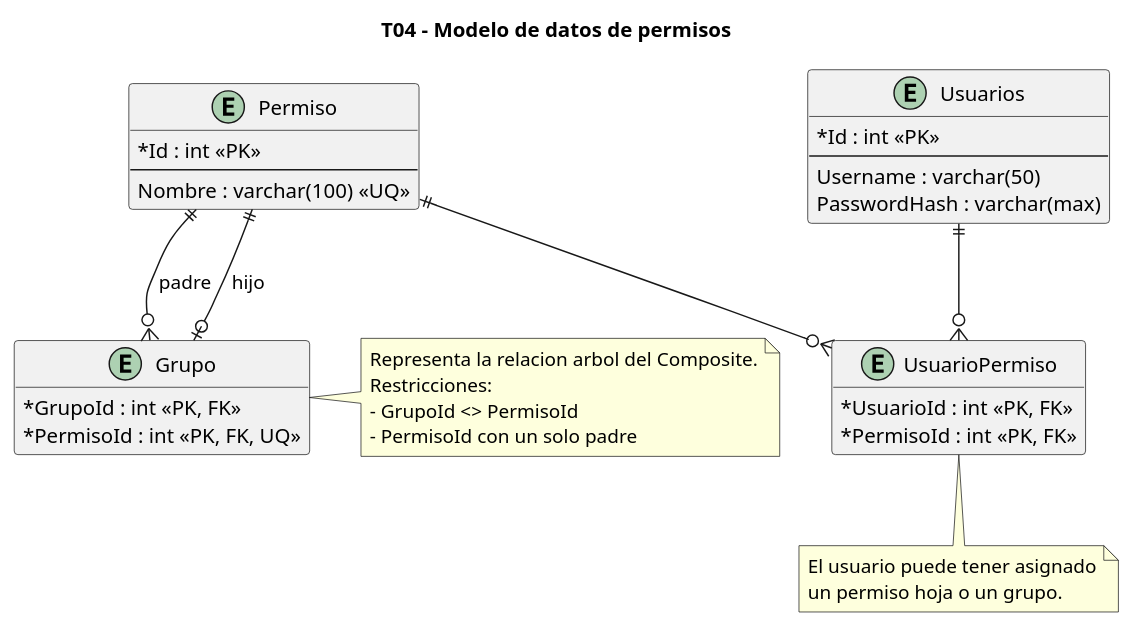
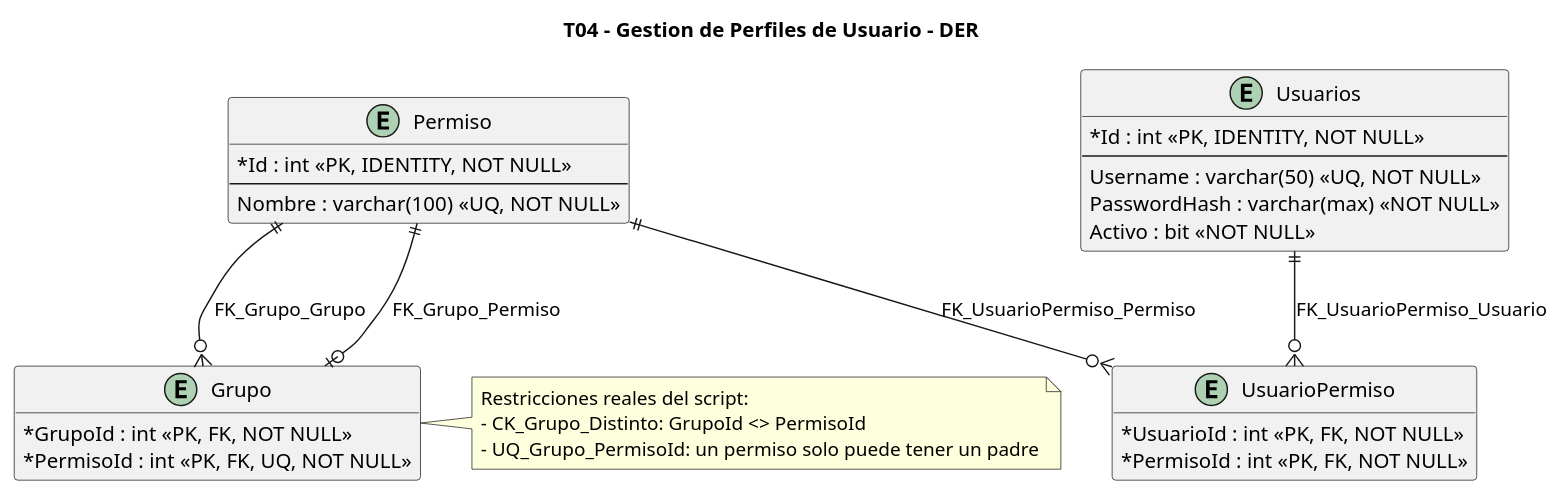
The diagram in diagramas/T04-perfiles-usuario/T04-perfiles-usuario-datos.puml (aggutierrez98/TP-TD), drawn with PlantUML before and after one commit. The commit also changed 48 other files, not shown here.

Commit message:
Añadir diagramas y cambiar nombre de carpeta

```diff
--- a/diagramas/T04-perfiles-usuario/T04-perfiles-usuario-datos.puml
+++ b/diagramas/T04-perfiles-usuario/T04-perfiles-usuario-datos.puml
@@ -1,48 +1,43 @@
 @startuml
-title T04 - Modelo de datos de permisos
+title T04 - Gestion de Perfiles de Usuario - DER
 
 hide methods
 hide stereotypes
 skinparam classAttributeIconSize 0
 
 entity "Usuarios" as Usuarios {
-  *Id : int <<PK>>
+  *Id : int <<PK, IDENTITY, NOT NULL>>
   --
-  Username : varchar(50)
-  PasswordHash : varchar(max)
+  Username : varchar(50) <<UQ, NOT NULL>>
+  PasswordHash : varchar(max) <<NOT NULL>>
+  Activo : bit <<NOT NULL>>
 }
 
 entity "Permiso" as Permiso {
-  *Id : int <<PK>>
+  *Id : int <<PK, IDENTITY, NOT NULL>>
   --
-  Nombre : varchar(100) <<UQ>>
+  Nombre : varchar(100) <<UQ, NOT NULL>>
 }
 
 entity "Grupo" as Grupo {
-  *GrupoId : int <<PK, FK>>
-  *PermisoId : int <<PK, FK, UQ>>
+  *GrupoId : int <<PK, FK, NOT NULL>>
+  *PermisoId : int <<PK, FK, UQ, NOT NULL>>
 }
 
 entity "UsuarioPermiso" as UsuarioPermiso {
-  *UsuarioId : int <<PK, FK>>
-  *PermisoId : int <<PK, FK>>
+  *UsuarioId : int <<PK, FK, NOT NULL>>
+  *PermisoId : int <<PK, FK, NOT NULL>>
 }
 
-Permiso ||--o{ Grupo : padre
-Permiso ||--o| Grupo : hijo
-Usuarios ||--o{ UsuarioPermiso
-Permiso ||--o{ UsuarioPermiso
+Permiso ||--o{ Grupo : FK_Grupo_Grupo
+Permiso ||--o| Grupo : FK_Grupo_Permiso
+Usuarios ||--o{ UsuarioPermiso : FK_UsuarioPermiso_Usuario
+Permiso ||--o{ UsuarioPermiso : FK_UsuarioPermiso_Permiso
 
 note right of Grupo
-Representa la relacion arbol del Composite.
-Restricciones:
-- GrupoId <> PermisoId
-- PermisoId con un solo padre
-end note
-
-note bottom of UsuarioPermiso
-El usuario puede tener asignado
-un permiso hoja o un grupo.
+  Restricciones reales del script:
+  - CK_Grupo_Distinto: GrupoId <> PermisoId
+  - UQ_Grupo_PermisoId: un permiso solo puede tener un padre
 end note
 
 @enduml
```
